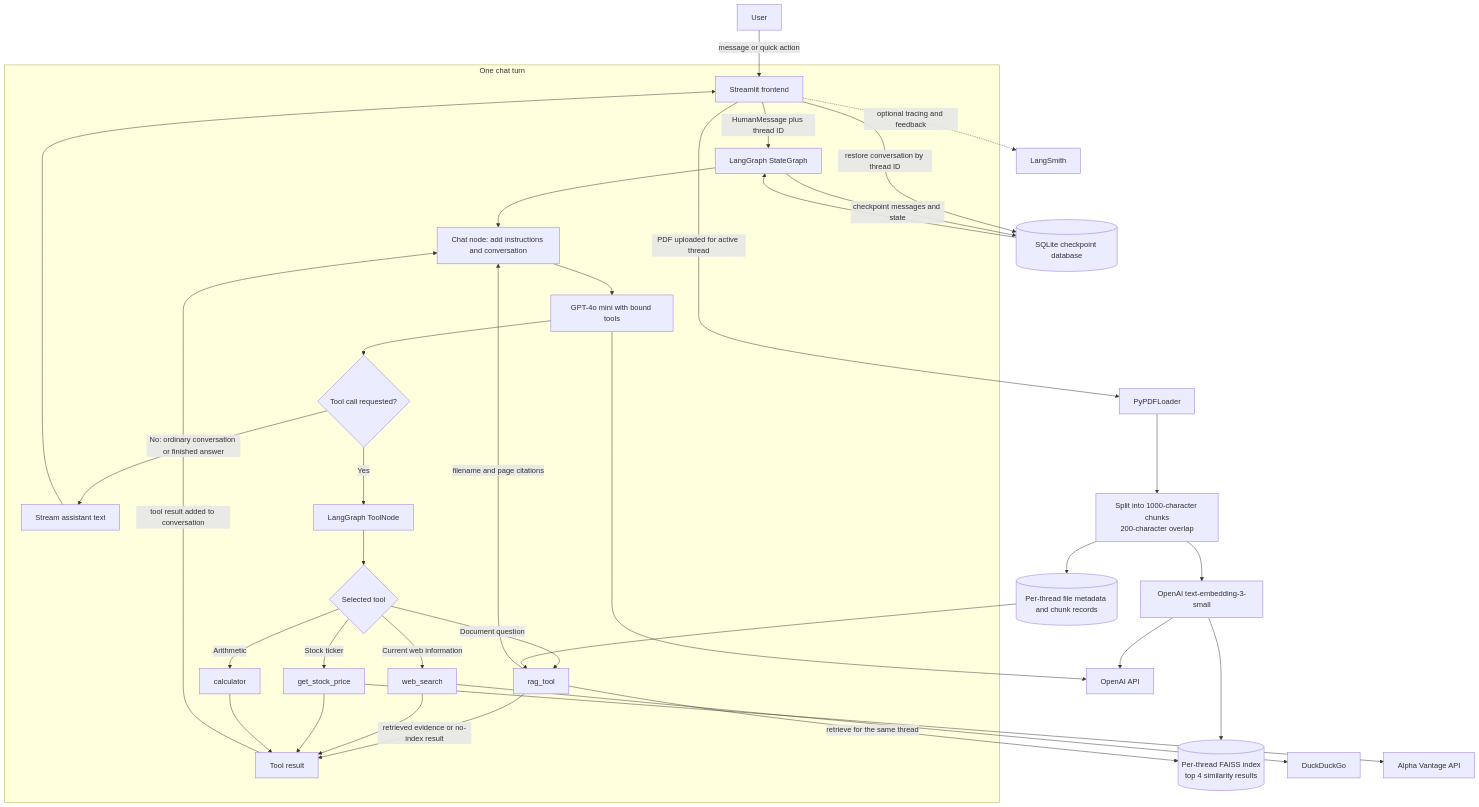
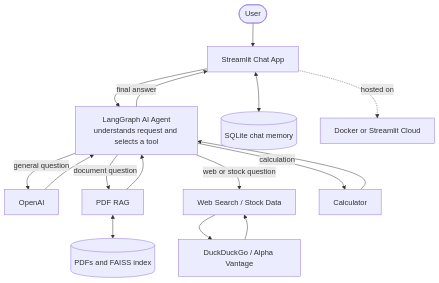
Before and after one commit to mr360cool/Multi-Utility-Chatbot: the diagram in README.md, drawn with Mermaid. The commit also changed other lines of this file and 1 other file, not shown here.

Commit message:
Simplify architecture and add UI screenshot

````diff
--- a/README.md
+++ b/README.md
@@ -8,43 +14,18 @@
 ```mermaid
 flowchart TD
-    User[User] -->|message or quick action| UI[Streamlit frontend]
-    UI -->|HumanMessage plus thread ID| Graph[LangGraph StateGraph]
-    UI -->|restore conversation by thread ID| DB[(SQLite checkpoint database)]
-    DB --> Graph
-
-    subgraph Turn["One chat turn"]
-        Graph --> Chat[Chat node: add instructions and conversation]
-        Chat --> Model[GPT-4o mini with bound tools]
-        Model --> Route{Tool call requested?}
-        Route -->|No: ordinary conversation or finished answer| Stream[Stream assistant text]
-        Route -->|Yes| ToolNode[LangGraph ToolNode]
-        ToolNode --> ToolChoice{Selected tool}
-        ToolChoice -->|Document question| RAG[rag_tool]
-        ToolChoice -->|Current web information| Web[web_search]
-        ToolChoice -->|Stock ticker| Stock[get_stock_price]
-        ToolChoice -->|Arithmetic| Calc[calculator]
-        RAG -->|retrieved evidence or no-index result| ToolResult[Tool result]
-        Web --> ToolResult
-        Stock --> ToolResult
-        Calc --> ToolResult
-        ToolResult -->|tool result added to conversation| Chat
-        Stream --> UI
-    end
-
-    UI -->|PDF uploaded for active thread| Parse[PyPDFLoader]
-    Parse --> Split[Split into 1000-character chunks<br/>200-character overlap]
-    Split --> Embed[OpenAI text-embedding-3-small]
-    Embed --> Index[(Per-thread FAISS index<br/>top 4 similarity results)]
-    Split --> Metadata[(Per-thread file metadata and chunk records)]
-    RAG -->|retrieve for the same thread| Index
-    RAG -->|filename and page citations| Chat
-    Metadata --> RAG
-
-    Web --> DDG[DuckDuckGo]
-    Stock --> AV[Alpha Vantage API]
-    Model --> OpenAI[OpenAI API]
-    Embed --> OpenAI
-
-    Graph -->|checkpoint messages and state| DB
-    UI -. optional tracing and feedback .-> LS[LangSmith]
+    User([User]) --> App[Streamlit Chat App]
+    App --> Agent[LangGraph AI Agent<br/>understands request and selects a tool]
+    Agent -->|general question| LLM[OpenAI]
+    Agent -->|document question| RAG[PDF RAG]
+    Agent -->|web or stock question| Live[Web Search / Stock Data]
+    Agent -->|calculation| Calc[Calculator]
+    RAG <--> Docs[(PDFs and FAISS index)]
+    Live --> Services[DuckDuckGo / Alpha Vantage]
+    LLM --> Agent
+    RAG --> Agent
+    Services --> Live
+    Calc --> Agent
+    Agent -->|final answer| App
+    App <--> Memory[(SQLite chat memory)]
+    App -. hosted on .-> Deploy[Docker or Streamlit Cloud]
 ```
````
